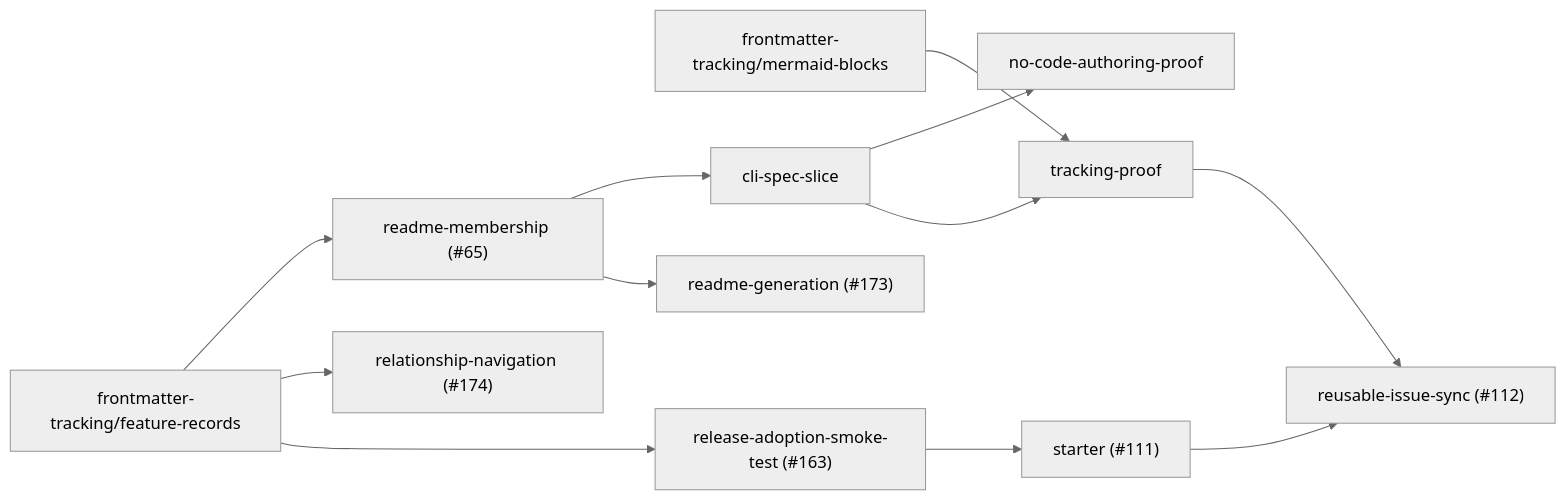
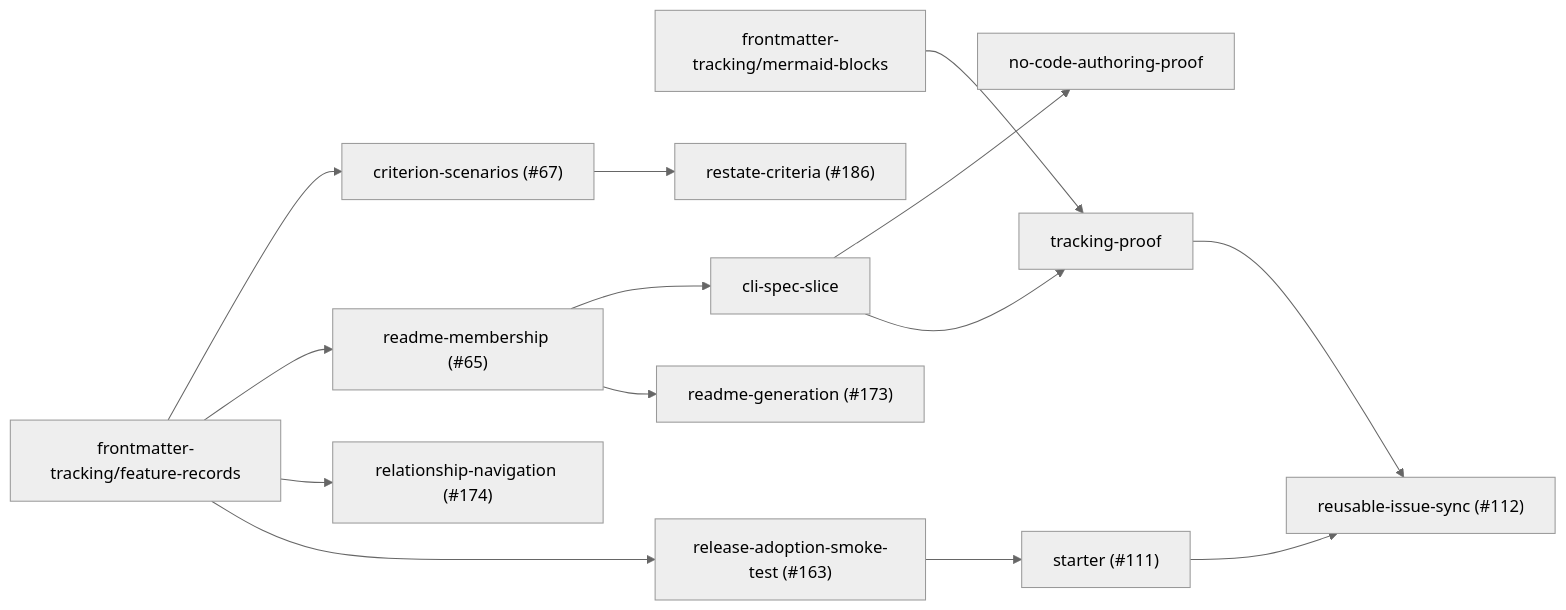
Before and after one commit to Ltilak13/ubiq: the diagram in docs/plans/no-code-dogfood.md, drawn with Mermaid (neutral theme). The commit also changed other lines of this file and 3 other files, not shown here.

````diff
--- a/docs/plans/no-code-dogfood.md
+++ b/docs/plans/no-code-dogfood.md
@@ -98,31 +110,37 @@
 ```mermaid
 flowchart LR
   ext_1["frontmatter-tracking/feature-records"]
   ext_2["frontmatter-tracking/mermaid-blocks"]
   step_1["cli-spec-slice"]
-  step_2["no-code-authoring-proof"]
-  step_3["readme-generation (#35;173)"]
-  click step_3 "https://github.com/Ltilak13/ubiq/issues/173"
-  step_4["readme-membership (#35;65)"]
-  click step_4 "https://github.com/Ltilak13/ubiq/issues/65"
-  step_5["relationship-navigation (#35;174)"]
-  click step_5 "https://github.com/Ltilak13/ubiq/issues/174"
-  step_6["release-adoption-smoke-test (#35;163)"]
-  click step_6 "https://github.com/Ltilak13/ubiq/issues/163"
-  step_7["reusable-issue-sync (#35;112)"]
-  click step_7 "https://github.com/Ltilak13/ubiq/issues/112"
-  step_8["starter (#35;111)"]
-  click step_8 "https://github.com/Ltilak13/ubiq/issues/111"
-  step_9["tracking-proof"]
-  step_4 --> step_1
-  step_1 --> step_2
-  step_4 --> step_3
-  ext_1 --> step_4
+  step_2["criterion-scenarios (#35;67)"]
+  click step_2 "https://github.com/Ltilak13/ubiq/issues/67"
+  step_3["no-code-authoring-proof"]
+  step_4["readme-generation (#35;173)"]
+  click step_4 "https://github.com/Ltilak13/ubiq/issues/173"
+  step_5["readme-membership (#35;65)"]
+  click step_5 "https://github.com/Ltilak13/ubiq/issues/65"
+  step_6["relationship-navigation (#35;174)"]
+  click step_6 "https://github.com/Ltilak13/ubiq/issues/174"
+  step_7["release-adoption-smoke-test (#35;163)"]
+  click step_7 "https://github.com/Ltilak13/ubiq/issues/163"
+  step_8["restate-criteria (#35;186)"]
+  click step_8 "https://github.com/Ltilak13/ubiq/issues/186"
+  step_9["reusable-issue-sync (#35;112)"]
+  click step_9 "https://github.com/Ltilak13/ubiq/issues/112"
+  step_10["starter (#35;111)"]
+  click step_10 "https://github.com/Ltilak13/ubiq/issues/111"
+  step_11["tracking-proof"]
+  step_5 --> step_1
+  ext_1 --> step_2
+  step_1 --> step_3
+  step_5 --> step_4
   ext_1 --> step_5
   ext_1 --> step_6
-  step_8 --> step_7
-  step_9 --> step_7
-  step_6 --> step_8
-  step_1 --> step_9
-  ext_2 --> step_9
+  ext_1 --> step_7
+  step_2 --> step_8
+  step_10 --> step_9
+  step_11 --> step_9
+  step_7 --> step_10
+  step_1 --> step_11
+  ext_2 --> step_11
 ```
````
